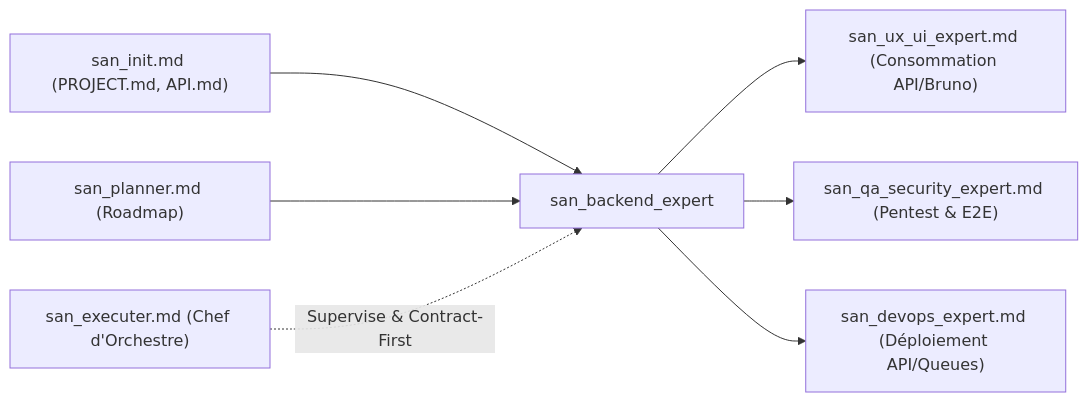
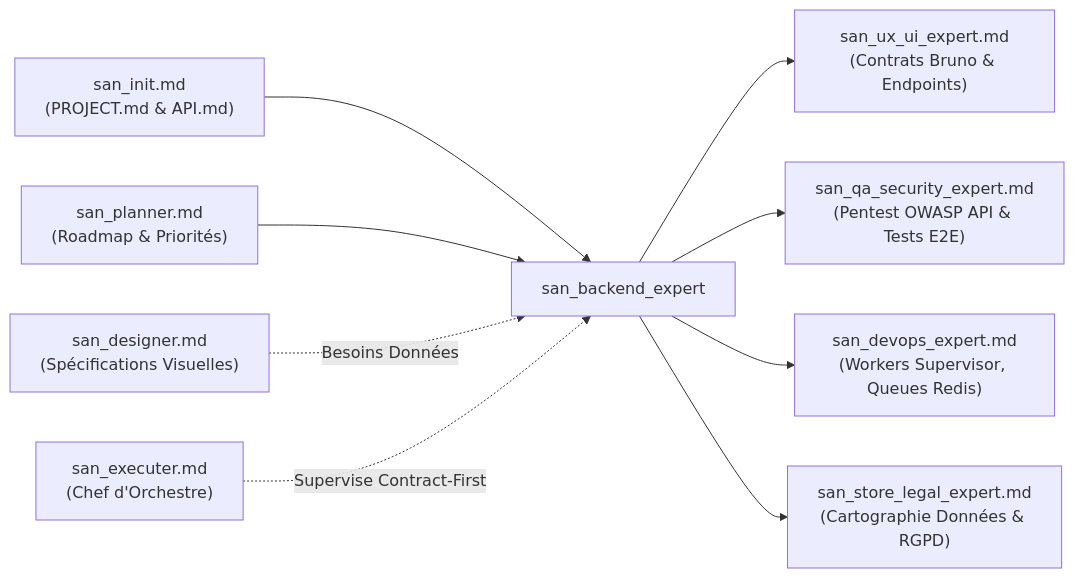
Before and after one commit to alexsan-dev/san_agy_framework: the second of 2 diagrams in skills/san_backend_expert.md, drawn with Mermaid. The commit also changed other lines of this file and 41 other files, not shown here.

Commit message:
feat(phase3): packaging and automated testing of onboarding & scoping core (san_init, san_brainstorming, san_planner)

````diff
--- a/skills/san_backend_expert.md
+++ b/skills/san_backend_expert.md
@@ -197,9 +554,11 @@
 ```mermaid
 graph LR
-    san_init["san_init.md (PROJECT.md, API.md)"] --> san_backend_expert
-    san_planner["san_planner.md (Roadmap)"] --> san_backend_expert
-    san_backend_expert --> san_ux_ui_expert["san_ux_ui_expert.md (Consommation API/Bruno)"]
-    san_backend_expert --> san_qa_security_expert["san_qa_security_expert.md (Pentest & E2E)"]
-    san_backend_expert --> san_devops_expert["san_devops_expert.md (Déploiement API/Queues)"]
-    san_executer["san_executer.md (Chef d'Orchestre)"] -.->|Supervise & Contract-First| san_backend_expert
+    san_init["san_init.md\n(PROJECT.md & API.md)"] --> san_backend_expert
+    san_planner["san_planner.md\n(Roadmap & Priorités)"] --> san_backend_expert
+    san_designer["san_designer.md\n(Spécifications Visuelles)"] -.->|Besoins Données| san_backend_expert
+    san_backend_expert --> san_ux_ui_expert["san_ux_ui_expert.md\n(Contrats Bruno & Endpoints)"]
+    san_backend_expert --> san_qa_security_expert["san_qa_security_expert.md\n(Pentest OWASP API & Tests E2E)"]
+    san_backend_expert --> san_devops_expert["san_devops_expert.md\n(Workers Supervisor, Queues Redis)"]
+    san_backend_expert --> san_store_legal_expert["san_store_legal_expert.md\n(Cartographie Données & RGPD)"]
+    san_executer["san_executer.md\n(Chef d'Orchestre)"] -.->|Supervise Contract-First| san_backend_expert
 ```
````
